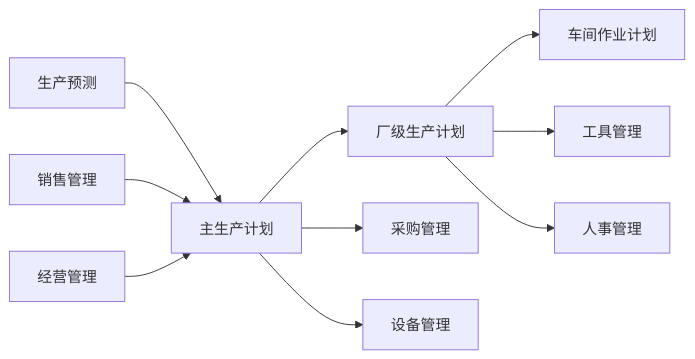
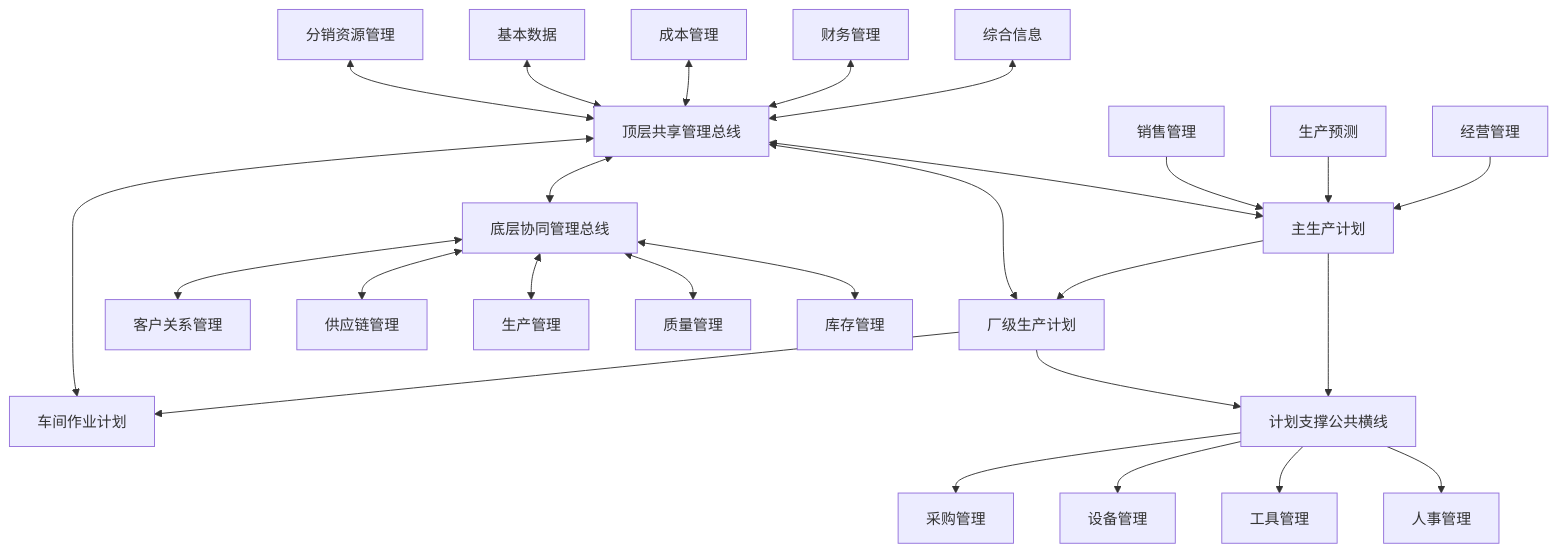
Before and after one commit to YoungHong1992/ruankao-senior-architecture-designer: diagram 15 of 15 in 01.系统架构设计师教材-清洗版/第03章-信息系统基础知识.md, drawn with Mermaid. The commit also changed other lines of this file and 14 other files, not shown here.

Commit message:
fix: restore source-backed diagrams and exam variants

````diff
--- a/01.系统架构设计师教材-清洗版/第03章-信息系统基础知识.md
+++ b/01.系统架构设计师教材-清洗版/第03章-信息系统基础知识.md
@@ -984,10 +1017,30 @@
 ```mermaid
-flowchart LR
-    Forecast["生产预测"] --> MPS["主生产计划"] --> LevelPlan["厂级生产计划"] --> Shop["车间作业计划"]
+flowchart TB
+    Integrated["综合信息"] <--> TopBus["顶层共享管理总线"]
+    Finance["财务管理"] <--> TopBus
+    Cost["成本管理"] <--> TopBus
+    MasterData["基本数据"] <--> TopBus
+    Distribution["分销资源管理"] <--> TopBus
+
+    Operation["经营管理"] --> MPS["主生产计划"]
+    Forecast["生产预测"] --> MPS
     Sales["销售管理"] --> MPS
-    Operation["经营管理"] --> MPS
-    MPS --> Purchase["采购管理"]
-    MPS --> Equipment["设备管理"]
-    LevelPlan --> Tooling["工具管理"]
-    LevelPlan --> HR["人事管理"]
+    MPS --> LevelPlan["厂级生产计划"] --> Shop["车间作业计划"]
+    TopBus <--> MPS
+    TopBus <--> LevelPlan
+    TopBus <--> Shop
+
+    MPS --> SupportBus["计划支撑公共横线"]
+    LevelPlan --> SupportBus
+    SupportBus --> Purchase["采购管理"]
+    SupportBus --> Equipment["设备管理"]
+    SupportBus --> Tooling["工具管理"]
+    SupportBus --> HR["人事管理"]
+
+    TopBus <--> BottomBus["底层协同管理总线"]
+    BottomBus <--> CRM["客户关系管理"]
+    BottomBus <--> SCM["供应链管理"]
+    BottomBus <--> Production["生产管理"]
+    BottomBus <--> Quality["质量管理"]
+    BottomBus <--> Inventory["库存管理"]
 ```
````
